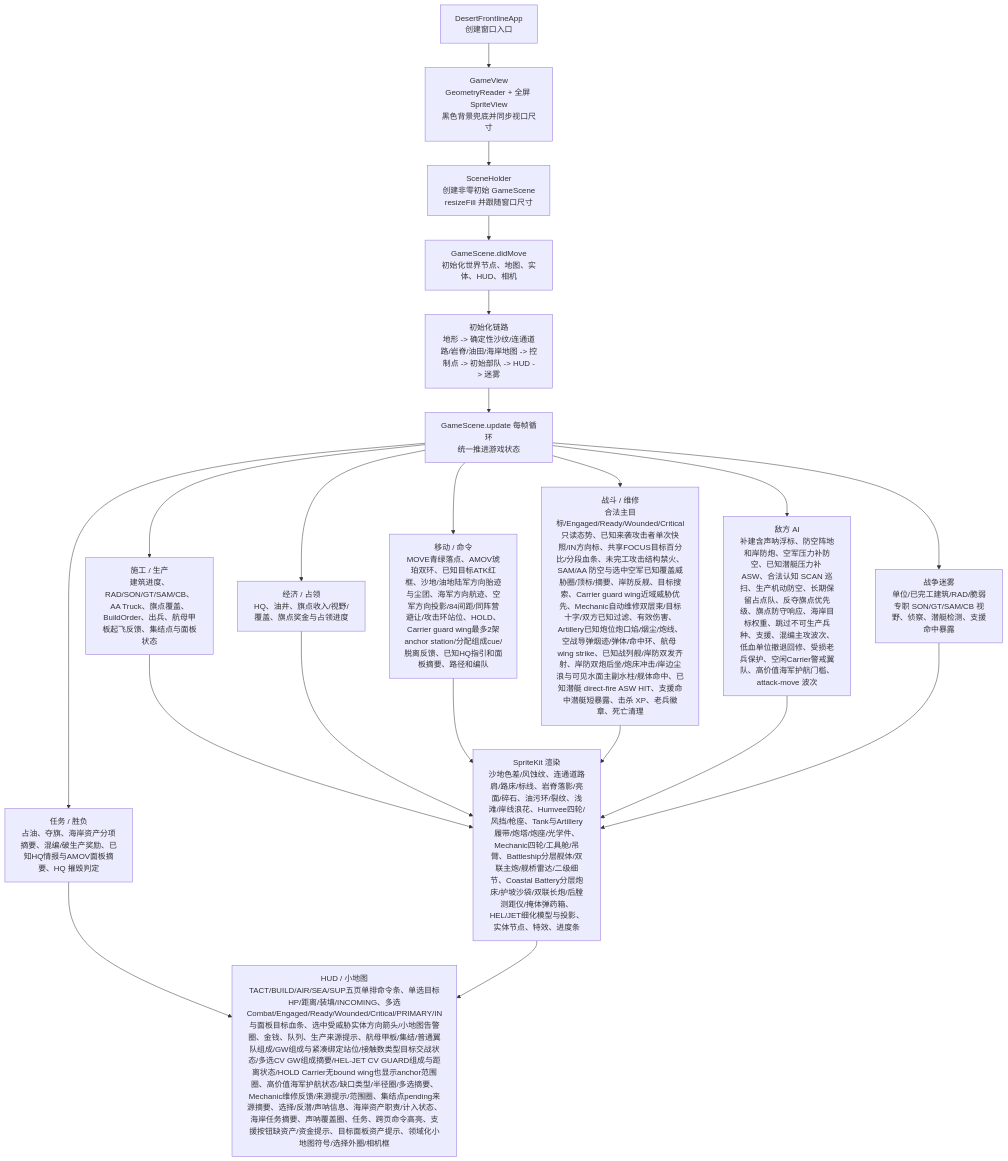
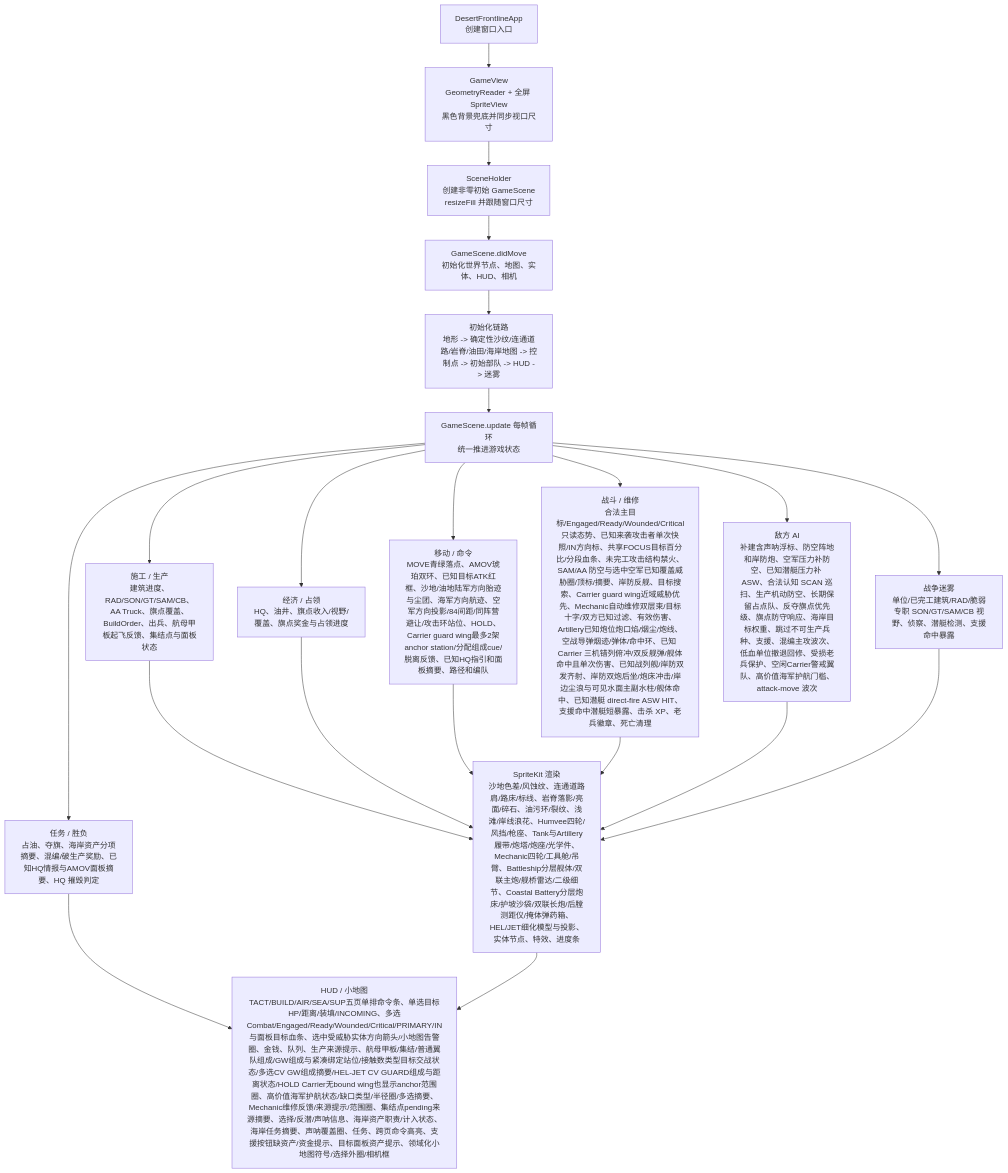
The first of 3 diagrams in md/flow/flowchart.md (Altman-sam114/1145), drawn with Mermaid before and after one commit. The commit also changed other lines of this file and 6 other files, not shown here.

````diff
--- a/md/flow/flowchart.md
+++ b/md/flow/flowchart.md
@@ -9,23 +9,23 @@
 ```mermaid
 flowchart TD
   App["DesertFrontlineApp\n创建窗口入口"] --> View["GameView\nGeometryReader + 全屏 SpriteView\n黑色背景兜底并同步视口尺寸"]
   View --> Holder["SceneHolder\n创建非零初始 GameScene\nresizeFill 并跟随窗口尺寸"]
   Holder --> Scene["GameScene.didMove\n初始化世界节点、地图、实体、HUD、相机"]
   Scene --> Init["初始化链路\n地形 -> 确定性沙纹/连通道路/岩脊/油田/海岸地图 -> 控制点 -> 初始部队 -> HUD -> 迷雾"]
   Init --> Loop["GameScene.update 每帧循环\n统一推进游戏状态"]
   Loop --> Build["施工 / 生产\n建筑进度、RAD/SON/GT/SAM/CB、AA Truck、旗点覆盖、BuildOrder、出兵、航母甲板起飞反馈、集结点与面板状态"]
   Loop --> Economy["经济 / 占领\nHQ、油井、旗点收入/视野/覆盖、旗点奖金与占领进度"]
   Loop --> Commands["移动 / 命令\nMOVE青绿落点、AMOV琥珀双环、已知目标ATK红框、沙地/油地陆军方向胎迹与尘团、海军方向航迹、空军方向投影/84间距/同阵营避让/攻击环站位、HOLD、Carrier guard wing最多2架anchor station/分配组成cue/脱离反馈、已知HQ指引和面板摘要、路径和编队"]
-  Loop --> Combat["战斗 / 维修\n合法主目标/Engaged/Ready/Wounded/Critical只读态势、已知来袭攻击者单次快照/IN方向标、共享FOCUS目标百分比/分段血条、未完工攻击结构禁火、SAM/AA 防空与选中空军已知覆盖威胁圈/顶标/摘要、岸防反舰、目标搜索、Carrier guard wing近域威胁优先、Mechanic自动维修双层束/目标十字/双方已知过滤、有效伤害、Artillery已知炮位炮口焰/烟尘/炮线、空战导弹烟迹/弹体/命中环、航母 wing strike、已知战列舰/岸防双发齐射、岸防双炮后坐/炮床冲击/岸边尘浪与可见水面主副水柱/舰体命中、已知潜艇 direct-fire ASW HIT、支援命中潜艇短暴露、击杀 XP、老兵徽章、死亡清理"]
+  Loop --> Combat["战斗 / 维修\n合法主目标/Engaged/Ready/Wounded/Critical只读态势、已知来袭攻击者单次快照/IN方向标、共享FOCUS目标百分比/分段血条、未完工攻击结构禁火、SAM/AA 防空与选中空军已知覆盖威胁圈/顶标/摘要、岸防反舰、目标搜索、Carrier guard wing近域威胁优先、Mechanic自动维修双层束/目标十字/双方已知过滤、有效伤害、Artillery已知炮位炮口焰/烟尘/炮线、空战导弹烟迹/弹体/命中环、已知 Carrier 三机错列俯冲/双反舰弹/舰体命中且单次伤害、已知战列舰/岸防双发齐射、岸防双炮后坐/炮床冲击/岸边尘浪与可见水面主副水柱/舰体命中、已知潜艇 direct-fire ASW HIT、支援命中潜艇短暴露、击杀 XP、老兵徽章、死亡清理"]
   Loop --> AI["敌方 AI\n补建含声呐浮标、防空阵地和岸防炮、空军压力补防空、已知潜艇压力补 ASW、合法认知 SCAN 巡扫、生产机动防空、长期保留占点队、反夺旗点优先级、旗点防守响应、海岸目标权重、跳过不可生产兵种、支援、混编主攻波次、低血单位撤退回修、受损老兵保护、空闲Carrier警戒翼队、高价值海军护航门槛、attack-move 波次"]
   Loop --> Fog["战争迷雾\n单位/已完工建筑/RAD/脆弱专职 SON/GT/SAM/CB 视野、侦察、潜艇检测、支援命中暴露"]
   Loop --> Mission["任务 / 胜负\n占油、夺旗、海岸资产分项摘要、混编/破生产奖励、已知HQ情报与AMOV面板摘要、HQ 摧毁判定"]
   Build --> Render["SpriteKit 渲染\n沙地色差/风蚀纹、连通道路肩/路床/标线、岩脊落影/亮面/碎石、油污环/裂纹、浅滩/岸线浪花、Humvee四轮/风挡/枪座、Tank与Artillery履带/炮塔/炮座/光学件、Mechanic四轮/工具舱/吊臂、Battleship分层舰体/双联主炮/舰桥雷达/二级细节、Coastal Battery分层炮床/护坡沙袋/双联长炮/后膛测距仪/掩体弹药箱、HEL/JET细化模型与投影、实体节点、特效、进度条"]
   Economy --> Render
   Commands --> Render
   Combat --> Render
   AI --> Render
   Fog --> Render
   Mission --> HUD["HUD / 小地图\nTACT/BUILD/AIR/SEA/SUP五页单排命令条、单选目标HP/距离/装填/INCOMING、多选Combat/Engaged/Ready/Wounded/Critical/PRIMARY/IN与面板目标血条、选中受威胁实体方向箭头/小地图告警圈、金钱、队列、生产来源提示、航母甲板/集结/普通翼队组成/GW组成与紧凑绑定站位/接触数类型目标交战状态/多选CV GW组成摘要/HEL-JET CV GUARD组成与距离状态/HOLD Carrier无bound wing也显示anchor范围圈、高价值海军护航状态/缺口类型/半径圈/多选摘要、Mechanic维修反馈/来源提示/范围圈、集结点pending来源摘要、选择/反潜/声呐信息、海岸资产职责/计入状态、海岸任务摘要、声呐覆盖圈、任务、跨页命令高亮、支援按钮缺资产/资金提示、目标面板资产提示、领域化小地图符号/选择外圈/相机框"]
   Render --> HUD
 ```
````
